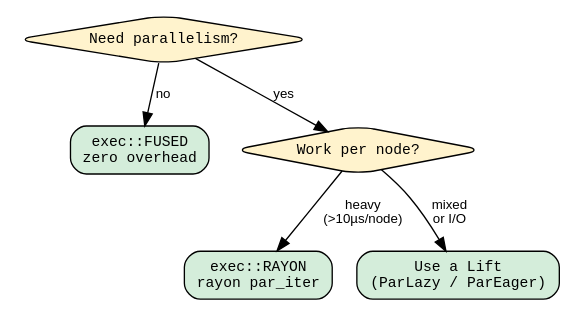
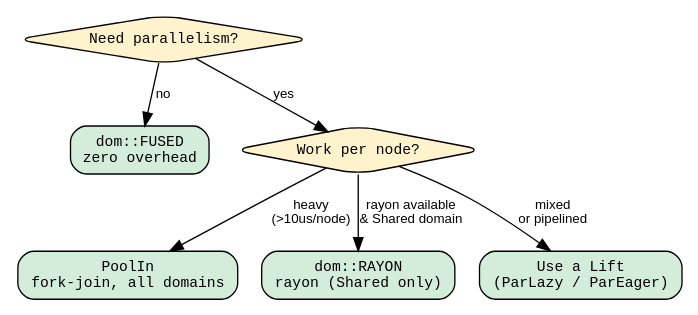
One commit to hylic-recursion/hylic-docs changed the diagram in book/src/guides/execution.md. Above: the diagram before and after it, drawn with Graphviz. The commit also changed other lines of this file and 29 other files, not shown here.

````diff
--- a/book/src/guides/execution.md
+++ b/book/src/guides/execution.md
@@ -28,18 +25,20 @@
 ```dot process
 digraph {
     rankdir=TB;
     node [shape=box, style="rounded,filled", fillcolor="#f5f5f5", fontname="monospace", fontsize=11];
     edge [fontname="sans-serif", fontsize=10];
 
     start [label="Need parallelism?", shape=diamond, fillcolor="#fff3cd"];
-    fused [label="exec::FUSED\nzero overhead", fillcolor="#d4edda"];
+    fused [label="dom::FUSED\nzero overhead", fillcolor="#d4edda"];
     heavy [label="Work per node?", shape=diamond, fillcolor="#fff3cd"];
-    rayon [label="exec::RAYON\nrayon par_iter", fillcolor="#d4edda"];
+    pool [label="PoolIn\nfork-join, all domains", fillcolor="#d4edda"];
+    rayon [label="dom::RAYON\nrayon (Shared only)", fillcolor="#d4edda"];
     lift [label="Use a Lift\n(ParLazy / ParEager)", fillcolor="#d4edda"];
 
     start -> fused [label="no"];
     start -> heavy [label="yes"];
-    heavy -> rayon [label="heavy\n(>10µs/node)"];
-    heavy -> lift [label="mixed\nor I/O"];
+    heavy -> pool [label="heavy\n(>10us/node)"];
+    heavy -> rayon [label="rayon available\n& Shared domain"];
+    heavy -> lift [label="mixed\nor pipelined"];
 }
 ```
````
